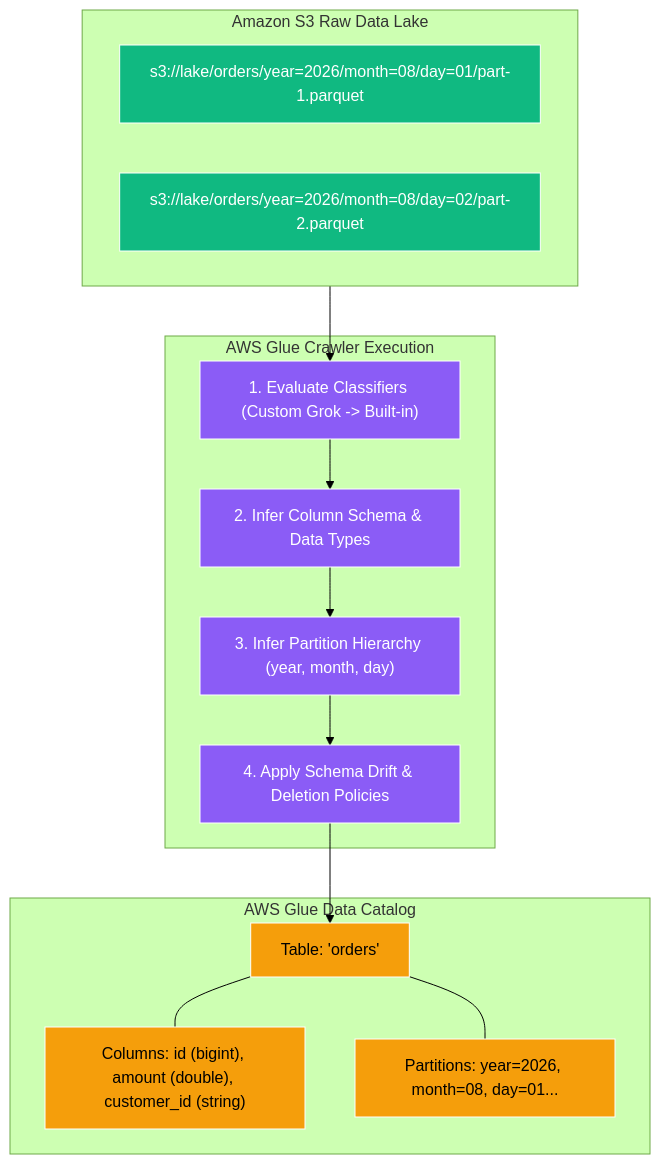
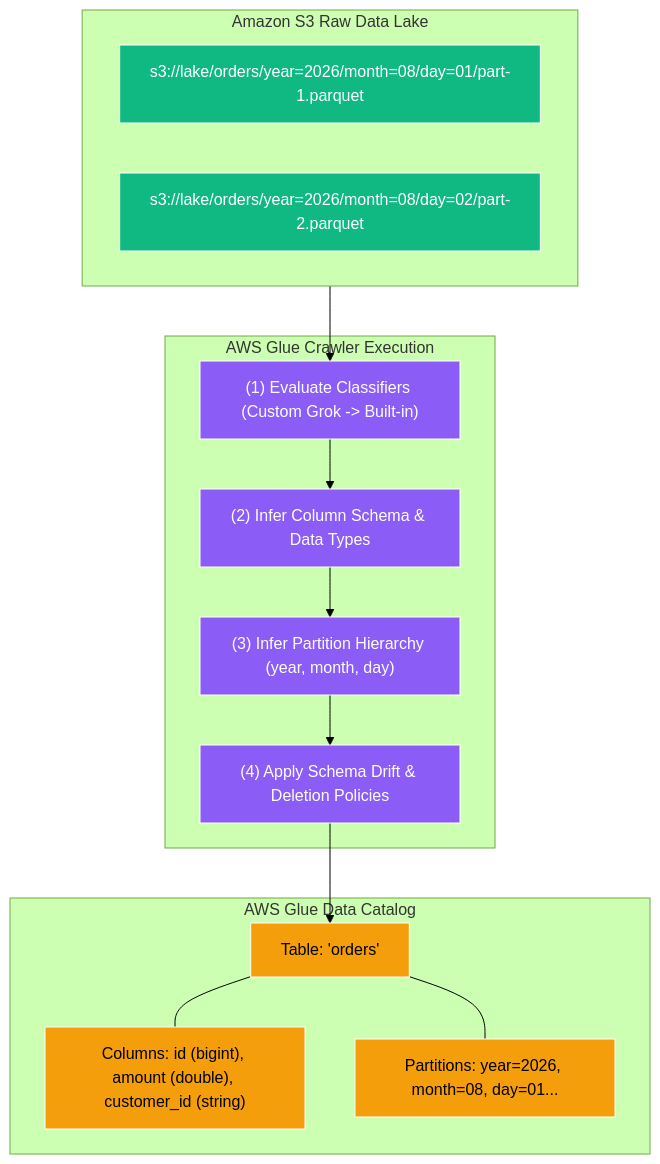
The first of 3 diagrams in content/en/02-services/analytics-streaming/glue/glue-crawlers.md (Wathon/aws-dea-c01-note), drawn with Mermaid (forest theme) before and after one commit. The commit also changed other lines of this file and 49 other files, not shown here.

Commit message:
Fix 'Unsupported markdown: list' Mermaid rendering issues across all English and Burmese notes

````diff
--- a/content/en/02-services/analytics-streaming/glue/glue-crawlers.md
+++ b/content/en/02-services/analytics-streaming/glue/glue-crawlers.md
@@ -30,36 +30,36 @@
 ```mermaid
 graph TD
     subgraph S3Storage["Amazon S3 Raw Data Lake"]
         File1["s3://lake/orders/year=2026/month=08/day=01/part-1.parquet"]
         File2["s3://lake/orders/year=2026/month=08/day=02/part-2.parquet"]
     end
 
     subgraph CrawlerEngine["AWS Glue Crawler Execution"]
-        Classifiers["1. Evaluate Classifiers (Custom Grok -> Built-in)"]
-        SchemaInfer["2. Infer Column Schema & Data Types"]
-        PartitionInfer["3. Infer Partition Hierarchy (year, month, day)"]
-        DriftPolicy["4. Apply Schema Drift & Deletion Policies"]
+        Classifiers["(1) Evaluate Classifiers (Custom Grok -> Built-in)"]
+        SchemaInfer["(2) Infer Column Schema & Data Types"]
+        PartitionInfer["(3) Infer Partition Hierarchy (year, month, day)"]
+        DriftPolicy["(4) Apply Schema Drift & Deletion Policies"]
     end
 
     subgraph DataCatalogTarget["AWS Glue Data Catalog"]
         TableMetadata["Table: 'orders'"]
         Columns["Columns: id (bigint), amount (double), customer_id (string)"]
         PartitionsList["Partitions: year=2026, month=08, day=01..."]
     end
 
     S3Storage --> Classifiers
     Classifiers --> SchemaInfer
     SchemaInfer --> PartitionInfer
     PartitionInfer --> DriftPolicy
     DriftPolicy --> TableMetadata
     TableMetadata --- Columns
     TableMetadata --- PartitionsList
 
     classDef s3 fill:#10b981,stroke:#fff,stroke-width:1px,color:#fff;
     classDef crawl fill:#8b5cf6,stroke:#fff,stroke-width:1px,color:#fff;
     classDef catalog fill:#f59e0b,stroke:#fff,stroke-width:1px,color:#000;
 
     class File1,File2 s3;
     class Classifiers,SchemaInfer,PartitionInfer,DriftPolicy crawl;
     class TableMetadata,Columns,PartitionsList catalog;
 ```
````
